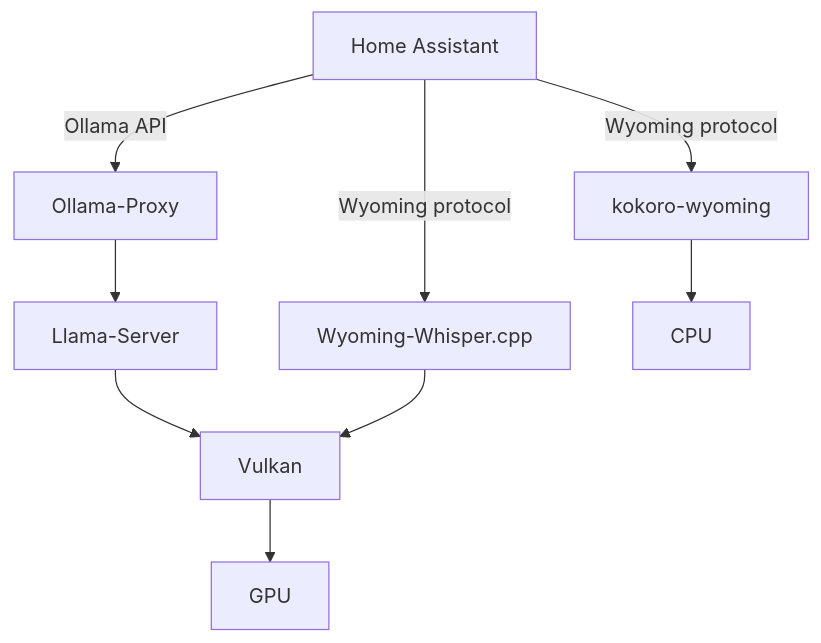
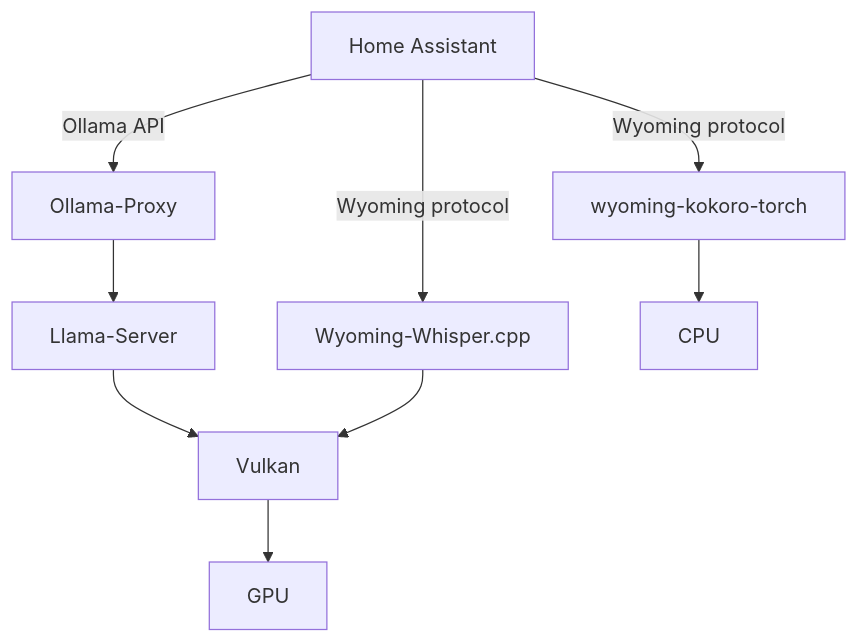
Before and after one commit to debackerl/home-assistant-vulkan-voice-assistant: the diagram in readme.md, drawn with Mermaid. The commit also changed other lines of this file, not shown here.

````diff
--- a/readme.md
+++ b/readme.md
@@ -5,11 +5,11 @@
 ```mermaid
 graph TD;
     HA[Home Assistant]-->|Ollama API| OP;
     HA[Home Assistant]-->|Wyoming protocol| WW;
     HA[Home Assistant]-->|Wyoming protocol| KW;
     OP[Ollama-Proxy]-->LS;
     LS[Llama-Server]-->V;
     WW[Wyoming-Whisper.cpp]-->V;
     V[Vulkan]-->GPU;
-    KW[kokoro-wyoming]-->CPU;
+    KW[wyoming-kokoro-torch]-->CPU;
 ```
````
